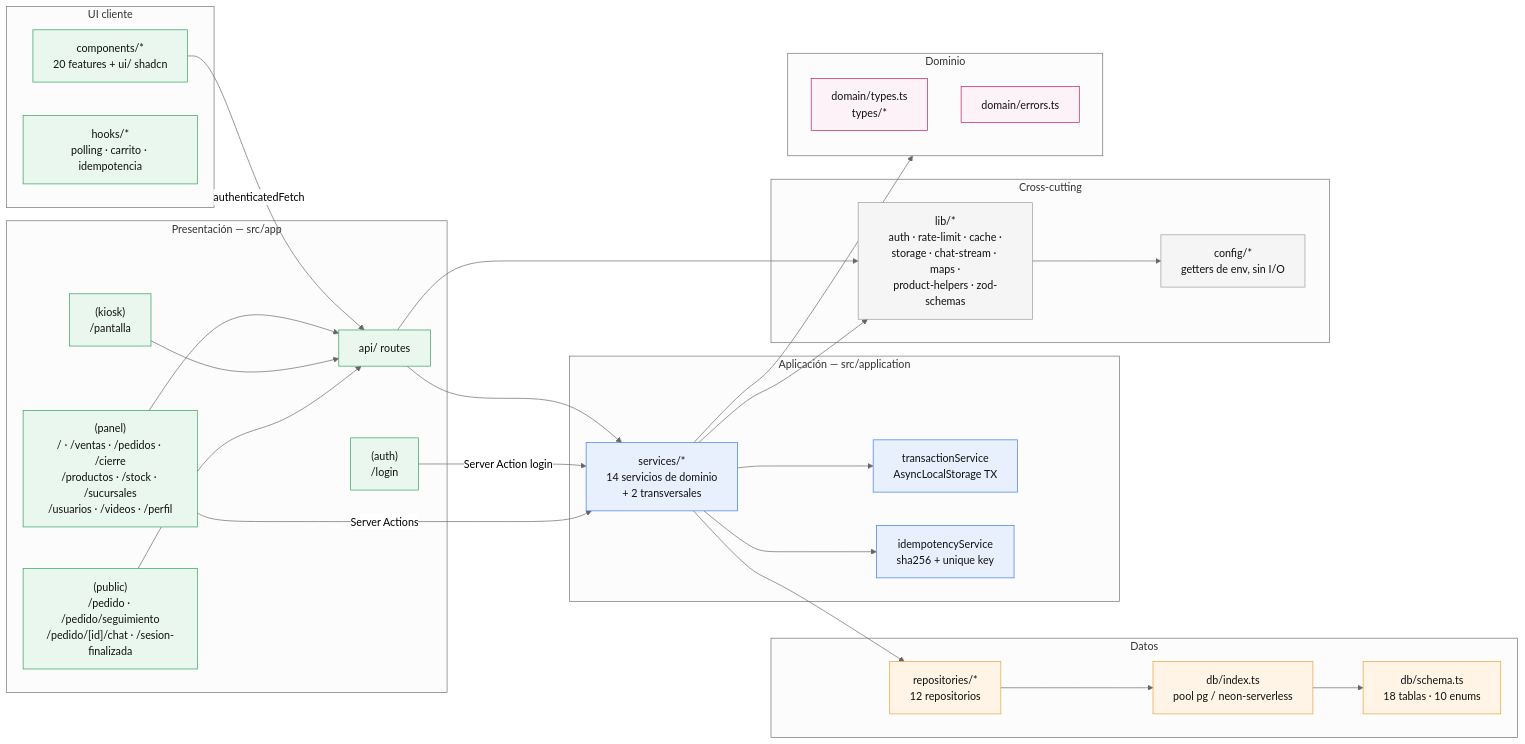
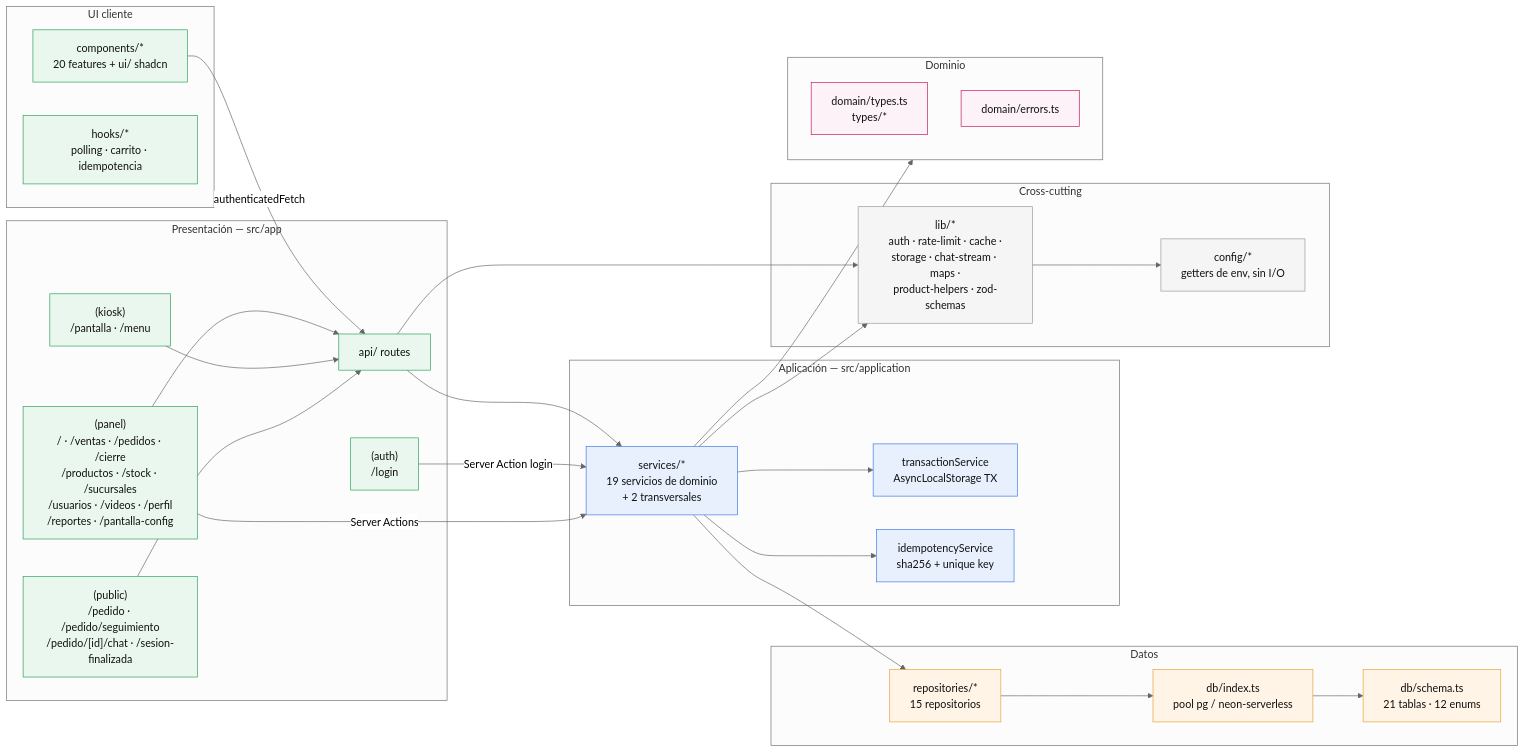
The diagram in .devin/informes/arquitectura/modulos.md (choy666/pancheria), drawn with Mermaid (neutral theme) before and after one commit. The commit also changed other lines of this file and 33 other files, not shown here.

````diff
--- a/.devin/informes/arquitectura/modulos.md
+++ b/.devin/informes/arquitectura/modulos.md
@@ -24,65 +24,65 @@
 ```mermaid
 flowchart LR
     subgraph PRES["Presentación — src/app"]
         PUB["(public)<br/>/pedido · /pedido/seguimiento<br/>/pedido/[id]/chat · /sesion-finalizada"]
-        KIOSK["(kiosk)<br/>/pantalla"]
-        PAN["(panel)<br/>/ · /ventas · /pedidos · /cierre<br/>/productos · /stock · /sucursales<br/>/usuarios · /videos · /perfil"]
+        KIOSK["(kiosk)<br/>/pantalla · /menu"]
+        PAN["(panel)<br/>/ · /ventas · /pedidos · /cierre<br/>/productos · /stock · /sucursales<br/>/usuarios · /videos · /perfil<br/>/reportes · /pantalla-config"]
         AUTHG["(auth)<br/>/login"]
         APIR["api/ routes"]
     end
 
     subgraph APP["Aplicación — src/application"]
-        SVC["services/*<br/>14 servicios de dominio<br/>+ 2 transversales"]
+        SVC["services/*<br/>19 servicios de dominio<br/>+ 2 transversales"]
         TX["transactionService<br/>AsyncLocalStorage TX"]
         IDEM["idempotencyService<br/>sha256 + unique key"]
     end
 
     subgraph DATA["Datos"]
-        REPOS["repositories/*<br/>12 repositorios"]
-        SCHEMA["db/schema.ts<br/>18 tablas · 10 enums"]
+        REPOS["repositories/*<br/>15 repositorios"]
+        SCHEMA["db/schema.ts<br/>21 tablas · 12 enums"]
         DBCONN["db/index.ts<br/>pool pg / neon-serverless"]
     end
 
     subgraph CROSS["Cross-cutting"]
         LIBS["lib/*<br/>auth · rate-limit · cache ·<br/>storage · chat-stream · maps ·<br/>product-helpers · zod-schemas"]
         CFG["config/*<br/>getters de env, sin I/O"]
     end
 
     subgraph DOM["Dominio"]
         TYPES["domain/types.ts<br/>types/*"]
         ERRS["domain/errors.ts"]
     end
 
     subgraph UI["UI cliente"]
         COMP["components/*<br/>20 features + ui/ shadcn"]
         HOOKS["hooks/*<br/>polling · carrito · idempotencia"]
     end
 
     PUB --> APIR
     KIOSK --> APIR
     PAN --> APIR
     PAN -->|"Server Actions"| SVC
     AUTHG -->|"Server Action login"| SVC
     COMP -->|"authenticatedFetch"| APIR
     APIR --> SVC
     SVC --> TX
     SVC --> IDEM
     SVC --> REPOS
     SVC --> LIBS
     REPOS --> DBCONN --> SCHEMA
     APIR --> LIBS
     LIBS --> CFG
     SVC --> DOM
 
     classDef pres fill:#e9f7ef,stroke:#2e9e5b,color:#111
     classDef app fill:#e8f0fe,stroke:#3b78e7,color:#111
     classDef data fill:#fff4e5,stroke:#e8a13b,color:#111
     classDef cross fill:#f5f5f5,stroke:#999,color:#111
     classDef dom fill:#fdf2f8,stroke:#c2185b,color:#111
     class PUB,KIOSK,PAN,AUTHG,APIR pres
     class SVC,TX,IDEM app
     class REPOS,SCHEMA,DBCONN data
     class LIBS,CFG cross
     class TYPES,ERRS dom
     class COMP,HOOKS pres
 ```
````
